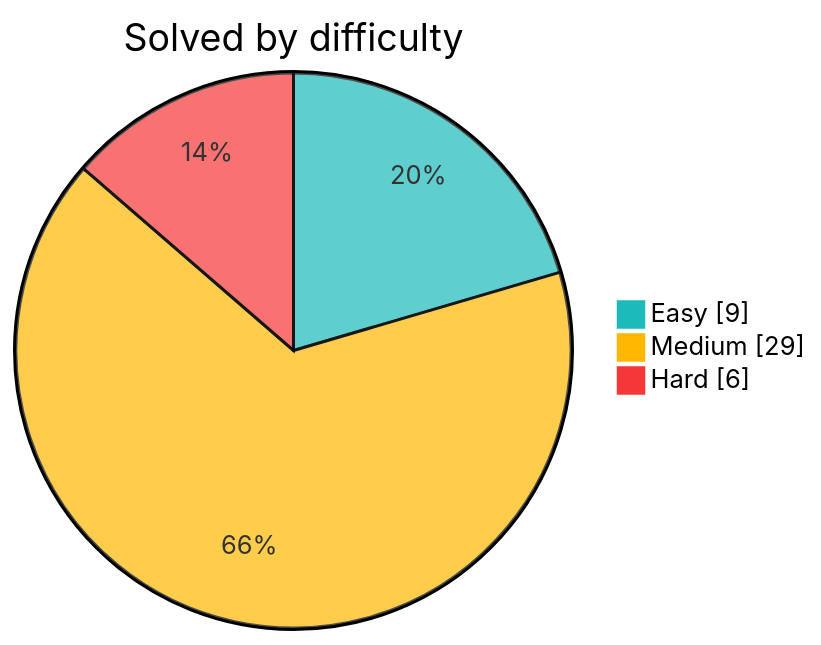
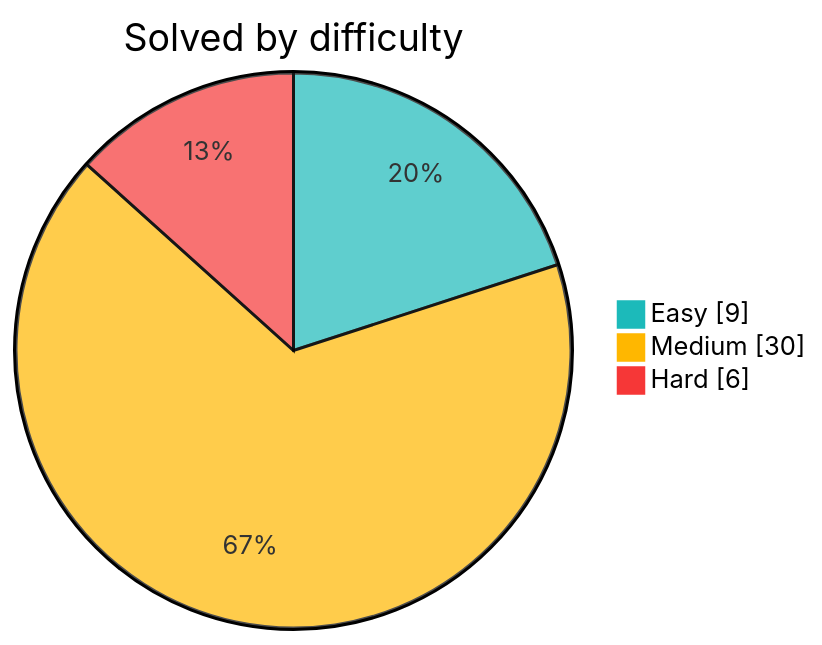
Before and after one commit to Sekler09/algorithms: the diagram in README.md, drawn with Mermaid. The commit also changed other lines of this file and 3 other files, not shown here.

````diff
--- a/README.md
+++ b/README.md
@@ -9,8 +9,8 @@
 ```mermaid
 %%{init: {"themeVariables": {"pie1": "#1cbaba", "pie2": "#ffb700", "pie3": "#f63737"}}}%%
 pie showData
     title Solved by difficulty
     "Easy" : 9
-    "Medium" : 29
+    "Medium" : 30
     "Hard" : 6
 ```
````
